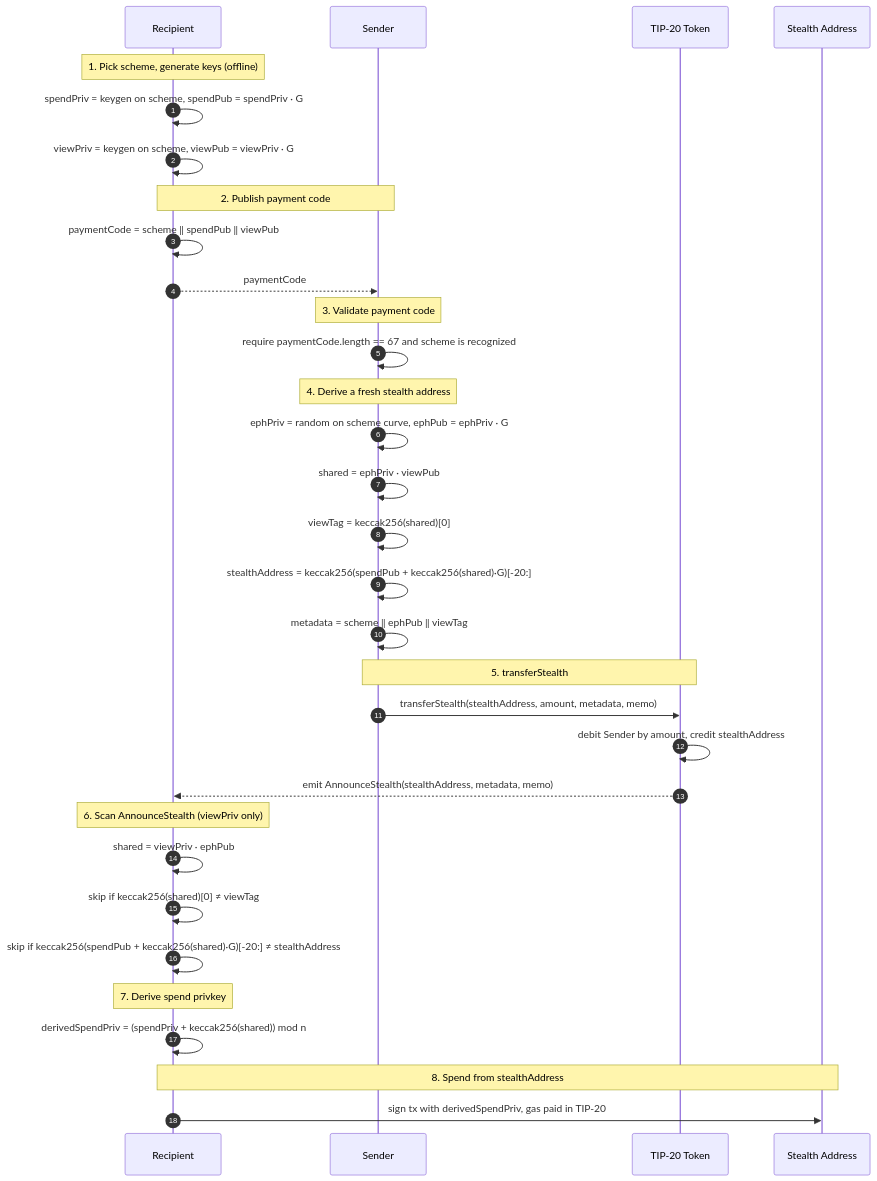
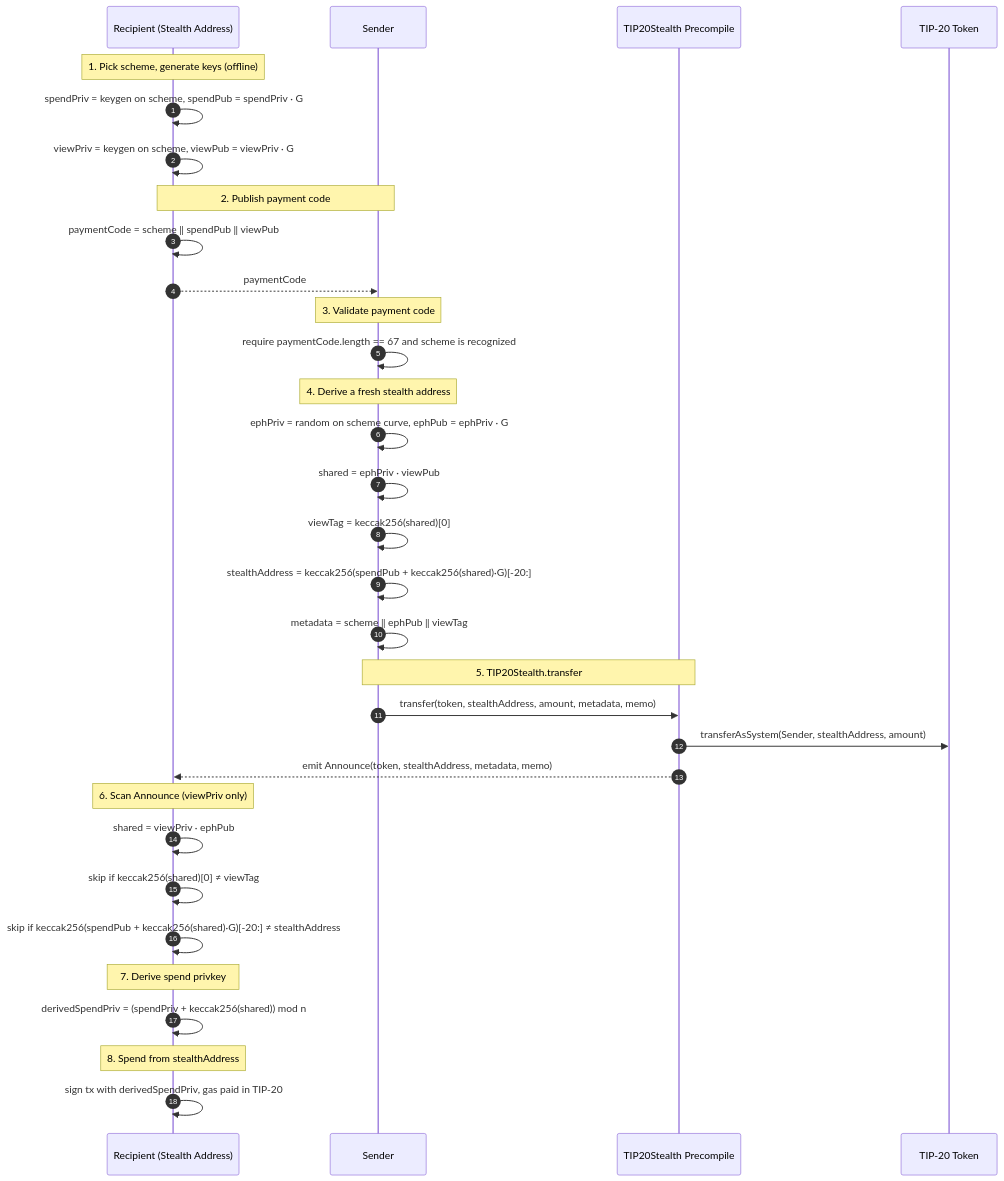
Before and after one commit to tempoxyz/tempo: the second of 2 diagrams in tips/tip-1069.md, drawn with Mermaid. The commit also changed other lines of this file, not shown here.

First line of the commit message:
docs(tip-1069): use TIP20Stealth precompile + transferAsSystem hook

````diff
--- a/tips/tip-1069.md
+++ b/tips/tip-1069.md
@@ -426,42 +508,42 @@
 ```mermaid
 sequenceDiagram
     autonumber
-    participant R as Recipient
+    participant R as Recipient (Stealth Address)
     participant S as Sender
+    participant P as TIP20Stealth Precompile
     participant T as TIP-20 Token
-    participant P as Stealth Address
 
     Note over R: 1. Pick scheme, generate keys (offline)
     R->>R: spendPriv = keygen on scheme, spendPub = spendPriv · G
     R->>R: viewPriv  = keygen on scheme, viewPub  = viewPriv  · G
 
     Note over R,S: 2. Publish payment code
     R->>R: paymentCode = scheme ‖ spendPub ‖ viewPub
     R-->>S: paymentCode
 
     Note over S: 3. Validate payment code
     S->>S: require paymentCode.length == 67 and scheme is recognized
 
     Note over S: 4. Derive a fresh stealth address
     S->>S: ephPriv = random on scheme curve, ephPub = ephPriv · G
     S->>S: shared = ephPriv · viewPub
     S->>S: viewTag = keccak256(shared)[0]
     S->>S: stealthAddress = keccak256(spendPub + keccak256(shared)·G)[-20:]
     S->>S: metadata = scheme ‖ ephPub ‖ viewTag
 
-    Note over S,T: 5. transferStealth
-    S->>T: transferStealth(stealthAddress, amount, metadata, memo)
-    T->>T: debit Sender by amount, credit stealthAddress
-    T-->>R: emit AnnounceStealth(stealthAddress, metadata, memo)
+    Note over S,P: 5. TIP20Stealth.transfer
+    S->>P: transfer(token, stealthAddress, amount, metadata, memo)
+    P->>T: transferAsSystem(Sender, stealthAddress, amount)
+    P-->>R: emit Announce(token, stealthAddress, metadata, memo)
 
-    Note over R: 6. Scan AnnounceStealth (viewPriv only)
+    Note over R: 6. Scan Announce (viewPriv only)
     R->>R: shared = viewPriv · ephPub
     R->>R: skip if keccak256(shared)[0] ≠ viewTag
     R->>R: skip if keccak256(spendPub + keccak256(shared)·G)[-20:] ≠ stealthAddress
 
     Note over R: 7. Derive spend privkey
     R->>R: derivedSpendPriv = (spendPriv + keccak256(shared)) mod n
 
-    Note over R,P: 8. Spend from stealthAddress
-    R->>P: sign tx with derivedSpendPriv, gas paid in TIP-20
+    Note over R: 8. Spend from stealthAddress
+    R->>R: sign tx with derivedSpendPriv, gas paid in TIP-20
 ```
````
